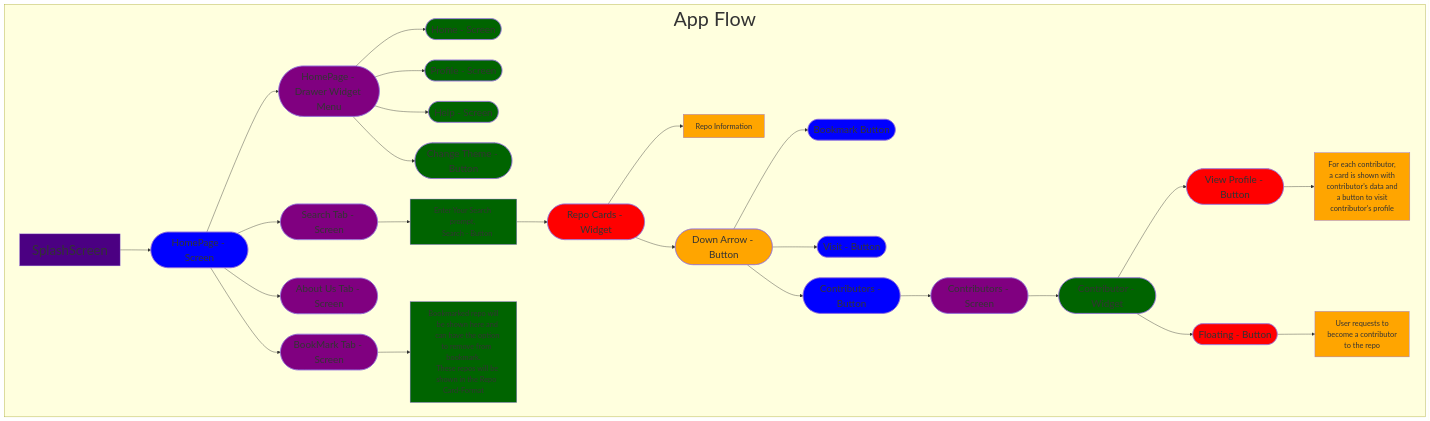
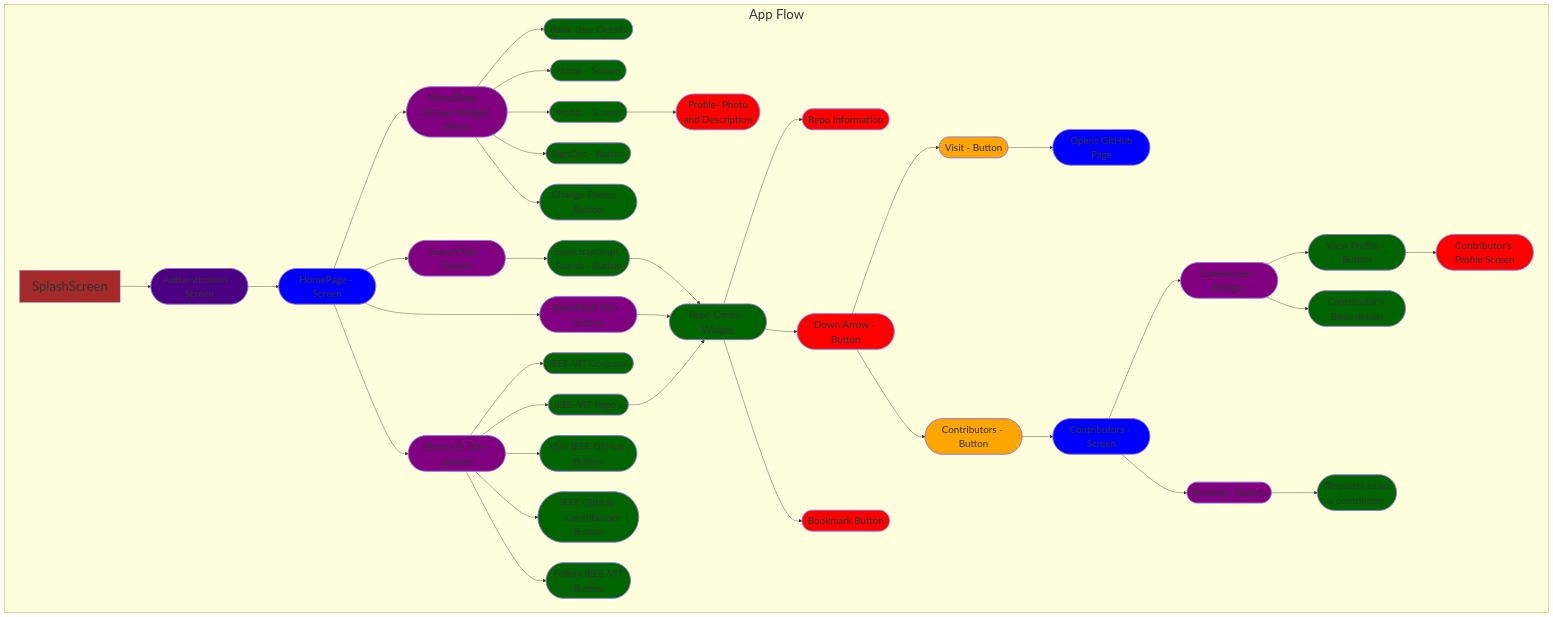
The diagram in README.md (IEEE-VIT/hackfest-flutter), drawn with Mermaid before and after one commit.

Commit message:
App flow updated

````diff
--- a/README.md
+++ b/README.md
@@ -43,67 +43,81 @@
 ```mermaid
 
 graph TD;
-  subgraph MainApp[<font size=7>App Flow]
+  subgraph MainApp[<font size=6>App Flow]
     SplashScreen[<font size=6>SplashScreen]
-    SplashScreen --> HomePage([<font size=5>HomePage - Screen])
-    style SplashScreen fill:indigo
+    style SplashScreen fill:brown
+    SplashScreen --> Authentication([<font size=5>Authentication - Screen])
+    style Authentication fill:indigo
+    Authentication --> HomePage([<font size=5>HomePage - Screen])
     HomePage --> MenuButton([<font size=5>HomePage - Drawer Widget Menu])
     style HomePage fill:blue
+    MenuButton --> User([<font size=5>Basic User Details])
+    style User fill:darkgreen
     MenuButton --> Home([<font size=5>Home - Screen])
     style Home fill:darkgreen
     MenuButton --> Profile([<font size=5>Profile - Screen])
     style Profile fill:darkgreen
-    MenuButton --> Help([<font size=5>Help - Screen])
-    style Help fill:darkgreen
+    Profile --> ProfileDetails([<font size=5>Profile- Photo
+    and Description])
+    style ProfileDetails fill:red
+    MenuButton --> SignOut([<font size=5>SignOut - Button])
+    style SignOut fill:darkgreen
     MenuButton --> ChangeTheme([<font size=5>Change Theme - Button])
     style ChangeTheme fill:darkgreen
     style MenuButton fill:purple
     HomePage --> SearchTab([<font size=5>Search Tab - Screen])
     style SearchTab fill:purple
+    SearchTab --> SearchButton([<font size=5>Search prompt, 
+    Search - Button])
+    style SearchButton fill:darkgreen;
+    SearchButton --> RepoCards([<font size=5>Repo Cards - Widget])
+    style RepoCards fill:darkgreen;
+    RepoCards --> RepoInfo([<font size=5>Repo Information])
+    style RepoInfo fill:red;
+    RepoCards --> DownArrow([<font size=5>Down Arrow - Button])
+    style DownArrow fill:red;
+    RepoCards --> BookMark([<font size=5>Bookmark Button])
+    style BookMark fill:red;
+    DownArrow --> Visit([<font size=5> Visit - Button])
+    style Visit fill:orange;
+    Visit --> WebVisit([<font size=5> Opens GitHub Page])
+    style WebVisit fill:blue;
+    DownArrow --> Contributors([<font size=5>Contributors - Button])
+    style Contributors fill:orange;
+    Contributors --> ContributorsScreen([<font size=5>Contributors - Screen])
+    style ContributorsScreen fill:blue;
+    ContributorsScreen --> ContributorWidget([<font size=5>Contributor - Widget])
+    style ContributorWidget fill:purple;
+    ContributorWidget --> ViewProfile([<font size=5>View Profile - Button])
+    style ViewProfile fill:darkgreen;
+    ViewProfile --> ProfilScreen([<font size=5>Contributor's Profile Screen])
+    style ProfilScreen fill:red;
+    ContributorWidget --> ContributorInfo([<font size=5>Contributor's Basic details])
+    style ContributorInfo fill:darkgreen;
+    ContributorsScreen --> Floating([<font size=5>Floating - Button])
+    style Floating fill:purple;
+    Floating --> ContributorRequest([<font size=5>Requests to be 
+    a contributor])
+    style ContributorRequest fill:darkgreen;
+    HomePage --> BookMarkTab([<font size=5>BookMark Tab - Screen])
+    style BookMarkTab fill:purple
+    BookMarkTab --> RepoCards
     HomePage --> AboutUsTab([<font size=5>About Us Tab - Screen])
     style AboutUsTab fill:purple
-    SearchTab --> SearchButton[<font size=4>Enter Your Search prompt, 
-    Search - Button]
-    style SearchButton fill:darkgreen;
-    SearchButton --> RepoCards([<font size=5>Repo Cards - Widget])
-    style RepoCards fill:red;
-    RepoCards --> RepoInfo[<font size=4>Repo Information]
-    style RepoInfo fill:orange;
-    RepoCards --> DownArrow([<font size=5>Down Arrow - Button])
-    style DownArrow fill:orange;
-    DownArrow --> BookMark([<font size=5>Bookmark Button])
-    style BookMark fill:blue;
-    DownArrow --> Visit([<font size=5> Visit - Button])
-    style Visit fill:blue;
-    DownArrow --> Contributors([<font size=5>Contributors - Button])
-    style Contributors fill:blue;
-    Contributors --> ContributorsScreen([<font size=5>Contributors - Screen])
-    style ContributorsScreen fill:purple;
-    ContributorsScreen --> ContributorWidget([<font size=5>Contributor - Widget])
-    style ContributorWidget fill:darkgreen;
-    ContributorWidget --> ViewProfile([<font size=5>View Profile - Button])
-    style ViewProfile fill:red;
-    ContributorWidget --> Floating([<font size=5>Floating - Button])
-    style Floating fill:red;
-    ViewProfile --> ProfileCard[<font size=4>For each contributor, 
-    a card is shown with 
-    contributor's data and 
-    a button to visit 
-    contributor's profile]
-    style ProfileCard fill:orange;
-    Floating --> ContributorRequest[<font size=4>User requests to 
-    become a contributor
-     to the repo]
-    style ContributorRequest fill:orange;
-    HomePage --> BookMarkTab([<font size=5>BookMark Tab - Screen])
-    style BookMarkTab fill:purple
-    BookMarkTab --> BookmarkedRepos[<font size=4>Bookmarked repo will
-    be shown here and
-    can have the option
-    to remove from bookmark.
-    These repos will be
-    shown in the Repo Card-Format]
-    style BookmarkedRepos fill:darkgreen;
+    AboutUsTab --> Corousal([<font size=5>IEEE-VIT Corousal])
+    style Corousal fill:darkgreen
+    AboutUsTab --> IEEE-VIT-Repos([<font size=5>IEEE-VIT Repo's])
+    style IEEE-VIT-Repos fill:darkgreen
+    IEEE-VIT-Repos --> RepoCards
+    AboutUsTab --> Visit-IEEE-VIT([<font size=5>Visit IEEE GitHub Button])
+    style Visit-IEEE-VIT fill:darkgreen
+    AboutUsTab --> Contributors-IEEE-VIT([<font size=5>IEEE GitHub 
+    Contributors Button])
+    style Contributors-IEEE-VIT fill:darkgreen
+    AboutUsTab --> Follow([<font size=5> Follow IEEE-VIT
+    Button])
+    style Follow fill:darkgreen
+
   end
 
 ```
````
